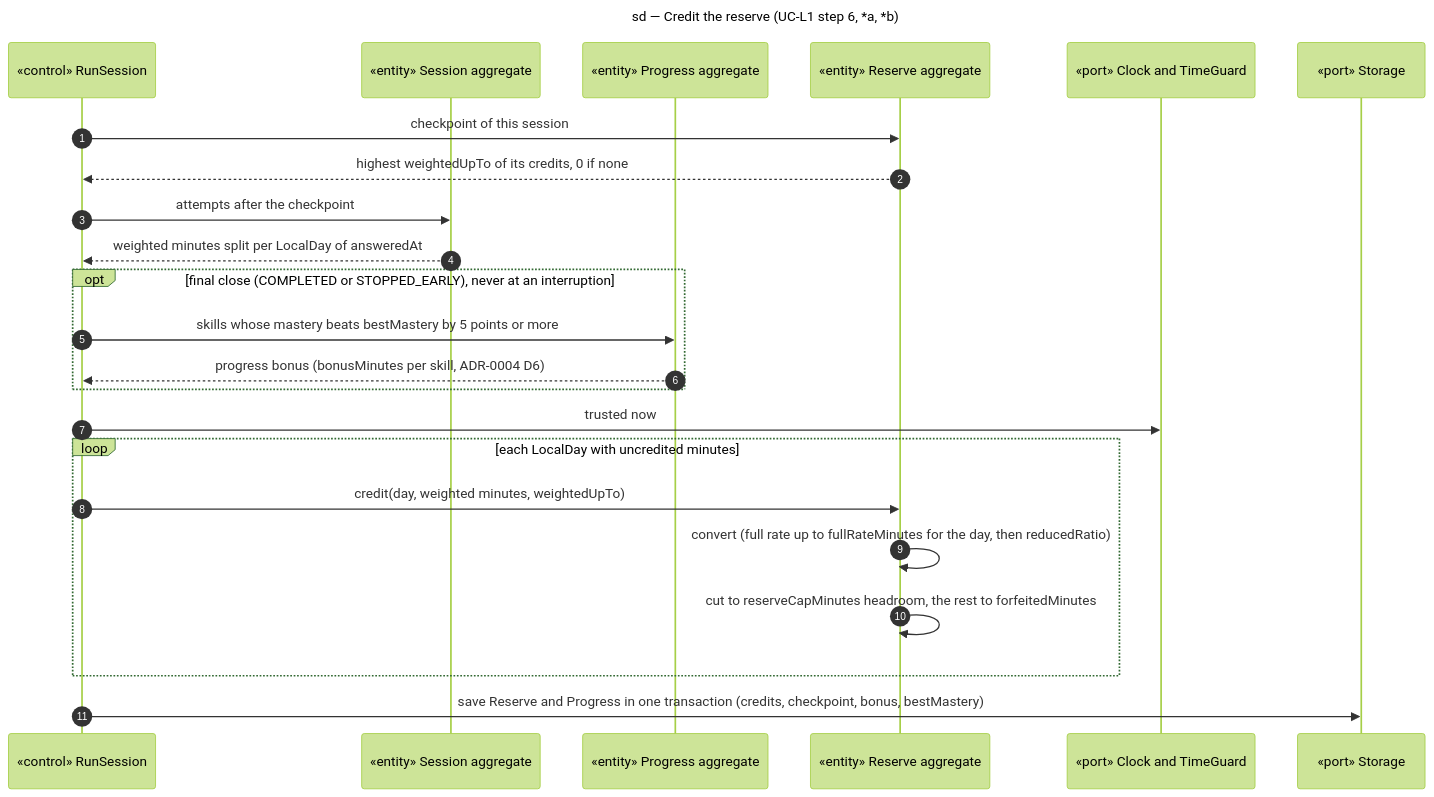
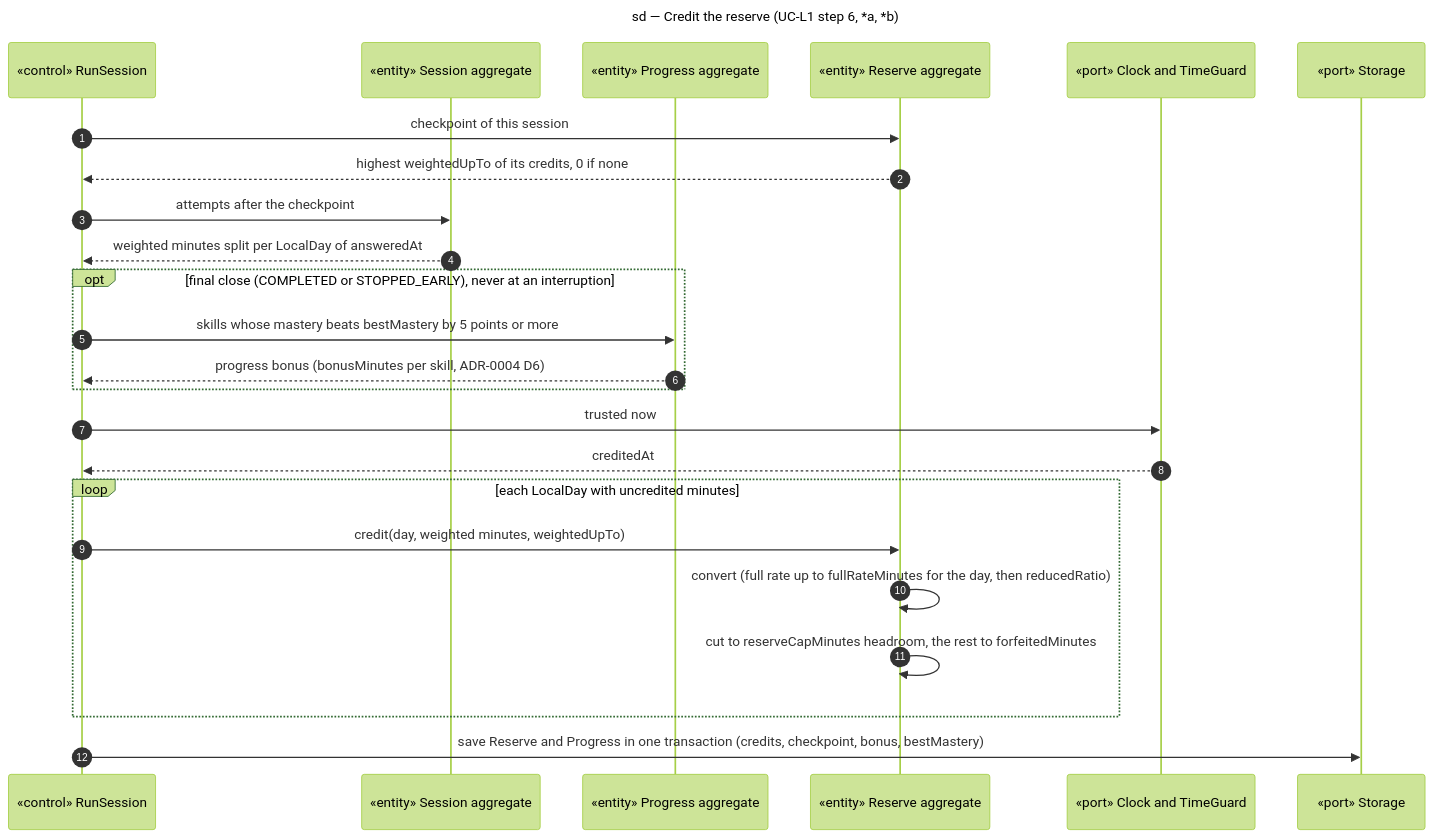
One commit to benoit-bremaud/learn-to-earn changed the diagram in docs/architecture/diagrams/learning/05-sequence-crediting.md. Above: the diagram before and after it, drawn with Mermaid (forest theme). The commit also changed 29 other files, not shown here.

First line of the commit message:
docs(architecture): clear the design backlog after the story review

````diff
--- a/docs/architecture/diagrams/learning/05-sequence-crediting.md
+++ b/docs/architecture/diagrams/learning/05-sequence-crediting.md
@@ -14,27 +14,28 @@
 ```mermaid
 sequenceDiagram
   title sd — Credit the reserve (UC-L1 step 6, *a, *b)
   autonumber
   participant Ctl as «control» RunSession
   participant Practice as «entity» Session aggregate
   participant Progress as «entity» Progress aggregate
   participant Reserve as «entity» Reserve aggregate
   participant Clock as «port» Clock and TimeGuard
   participant Store as «port» Storage
 
   Ctl->>Reserve: checkpoint of this session
   Reserve-->>Ctl: highest weightedUpTo of its credits, 0 if none
   Ctl->>Practice: attempts after the checkpoint
   Practice-->>Ctl: weighted minutes split per LocalDay of answeredAt
   opt final close (COMPLETED or STOPPED_EARLY), never at an interruption
     Ctl->>Progress: skills whose mastery beats bestMastery by 5 points or more
     Progress-->>Ctl: progress bonus (bonusMinutes per skill, ADR-0004 D6)
   end
   Ctl->>Clock: trusted now
+  Clock-->>Ctl: creditedAt
   loop each LocalDay with uncredited minutes
     Ctl->>Reserve: credit(day, weighted minutes, weightedUpTo)
     Reserve->>Reserve: convert (full rate up to fullRateMinutes for the day, then reducedRatio)
     Reserve->>Reserve: cut to reserveCapMinutes headroom, the rest to forfeitedMinutes
   end
   Ctl->>Store: save Reserve and Progress in one transaction (credits, checkpoint, bonus, bestMastery)
 ```
````
